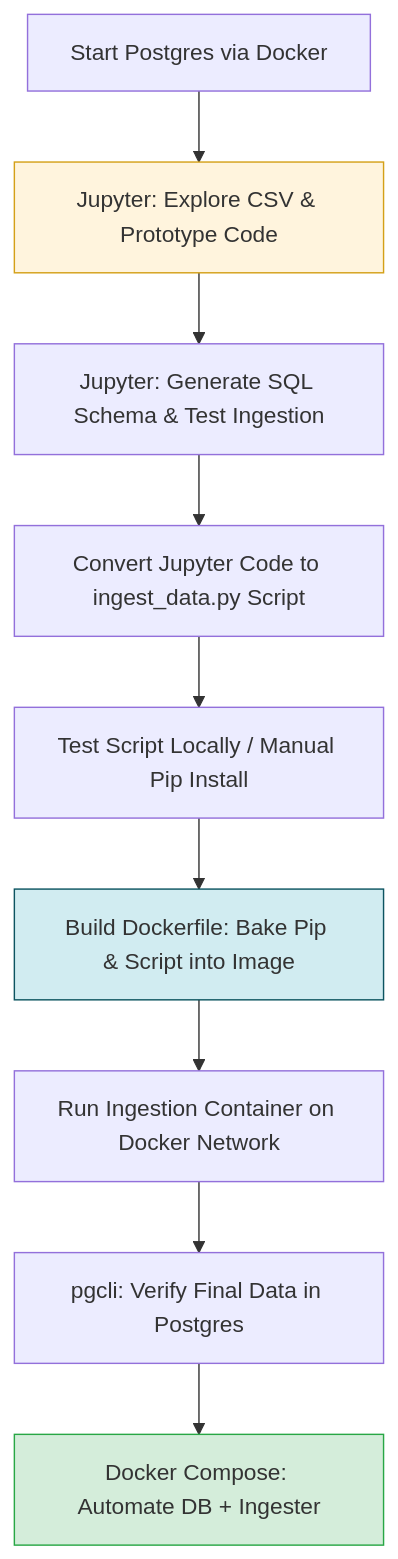
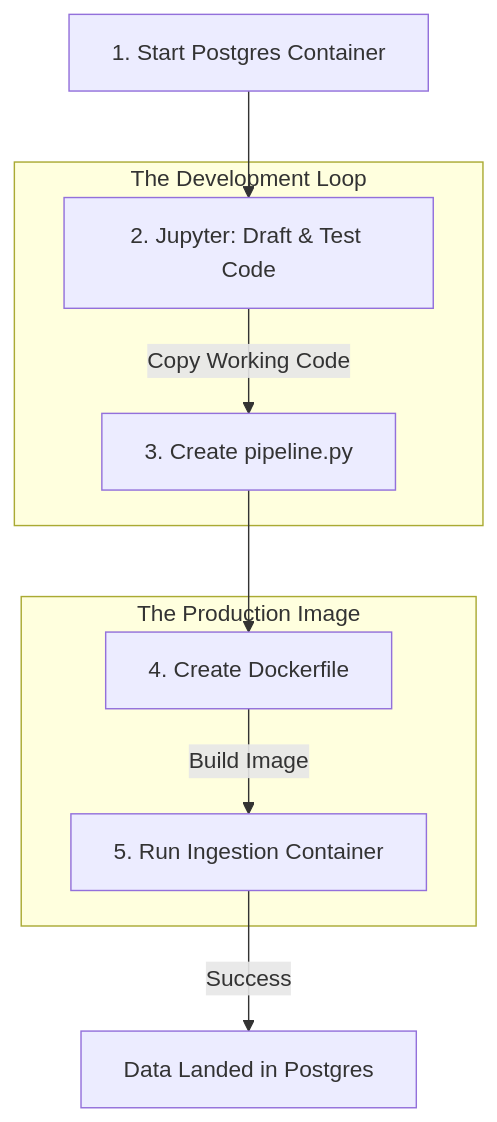
The diagram in Module 1 Note.md (JadeYoung16/data_engineering_zoomcamp), drawn with Mermaid before and after one commit.

Commit message:
Update Module 1 Note.md

````diff
--- a/Module 1 Note.md
+++ b/Module 1 Note.md
@@ -20,22 +20,18 @@
 ```mermaid
 graph TD
-    %% Phase 1: Exploration
-    A[Start Postgres via Docker] --> B[Jupyter: Explore CSV & Prototype Code]
-    B --> C[Jupyter: Generate SQL Schema & Test Ingestion]
+    A[1. Start Postgres Container] --> B[2. Jupyter: Draft & Test Code]
+    B -->|Copy Working Code| C[3. Create pipeline.py]
+    C --> D[4. Create Dockerfile]
+    D -->|Build Image| E[5. Run Ingestion Container]
+    E -->|Success| F[Data Landed in Postgres]
     
-    %% Phase 2: Refinement
-    C --> D[Convert Jupyter Code to ingest_data.py Script]
-    D --> E[Test Script Locally / Manual Pip Install]
-    
-    %% Phase 3: Containerization
-    E --> F[Build Dockerfile: Bake Pip & Script into Image]
-    F --> G[Run Ingestion Container on Docker Network]
-    
-    %% Phase 4: Verification & Orchestration
-    G --> H[pgcli: Verify Final Data in Postgres]
-    H --> I[Docker Compose: Automate DB + Ingester]
+    subgraph "The Development Loop"
+    B
+    C
+    end
 
-    style B fill:#fff4dd,stroke:#d4a017
-    style F fill:#d1ecf1,stroke:#0c5460
-    style I fill:#d4edda,stroke:#28a745
+    subgraph "The Production Image"
+    D
+    E
+    end
 ```
````
